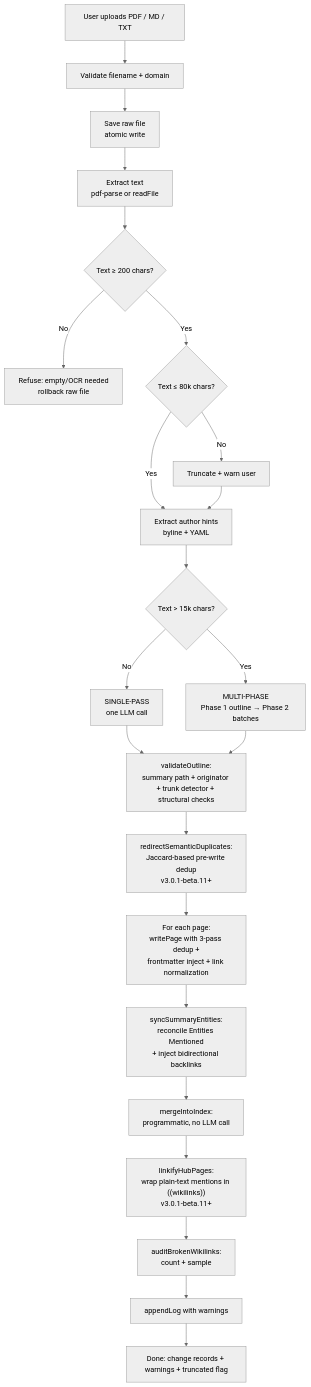
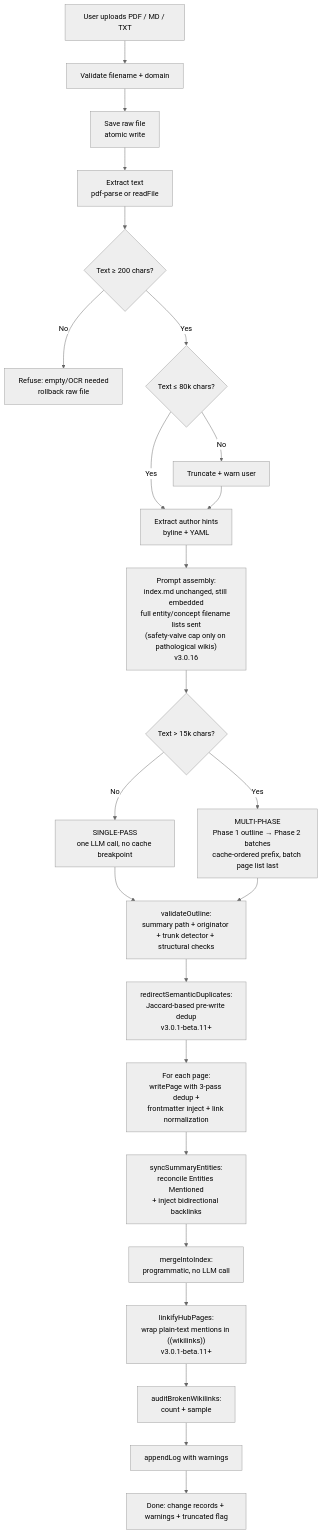
One commit to talirezun/the-curator changed the first of 7 diagrams in docs/ingestion-pipeline.md. Above: the diagram before and after it, drawn with Mermaid (neutral theme). The commit also changed other lines of this file and 19 other files, not shown here.

````diff
--- a/docs/ingestion-pipeline.md
+++ b/docs/ingestion-pipeline.md
@@ -23,25 +23,26 @@
 ```mermaid
 flowchart TD
     A[User uploads PDF / MD / TXT] --> B[Validate filename + domain]
     B --> C[Save raw file<br/>atomic write]
     C --> D[Extract text<br/>pdf-parse or readFile]
     D --> E{Text ≥ 200 chars?}
     E -- No --> X1[Refuse: empty/OCR needed<br/>rollback raw file]
     E -- Yes --> F{Text ≤ 80k chars?}
     F -- No --> G[Truncate + warn user]
     F -- Yes --> H[Extract author hints<br/>byline + YAML]
     G --> H
-    H --> I{Text > 15k chars?}
-    I -- No --> J[SINGLE-PASS<br/>one LLM call]
-    I -- Yes --> K[MULTI-PHASE<br/>Phase 1 outline → Phase 2 batches]
+    H --> H2[Prompt assembly:<br/>index.md unchanged, still embedded<br/>full entity/concept filename lists sent<br/>&lpar;safety-valve cap only on pathological wikis&rpar;<br/>v3.0.16]
+    H2 --> I{Text > 15k chars?}
+    I -- No --> J[SINGLE-PASS<br/>one LLM call, no cache breakpoint]
+    I -- Yes --> K[MULTI-PHASE<br/>Phase 1 outline → Phase 2 batches<br/>cache-ordered prefix, batch page list last]
     J --> L[validateOutline:<br/>summary path + originator + trunk detector + structural checks]
     K --> L
     L --> L2[redirectSemanticDuplicates:<br/>Jaccard-based pre-write dedup<br/>v3.0.1-beta.11+]
     L2 --> M[For each page:<br/>writePage with 3-pass dedup +<br/>frontmatter inject + link normalization]
     M --> N[syncSummaryEntities:<br/>reconcile Entities Mentioned<br/>+ inject bidirectional backlinks]
     N --> O[mergeIntoIndex:<br/>programmatic, no LLM call]
     O --> P1[linkifyHubPages:<br/>wrap plain-text mentions in &lpar;&lpar;wikilinks&rpar;&rpar;<br/>v3.0.1-beta.11+]
     P1 --> P[auditBrokenWikilinks:<br/>count + sample]
     P --> Q[appendLog with warnings]
     Q --> Y[Done: change records + warnings + truncated flag]
 ```
````
